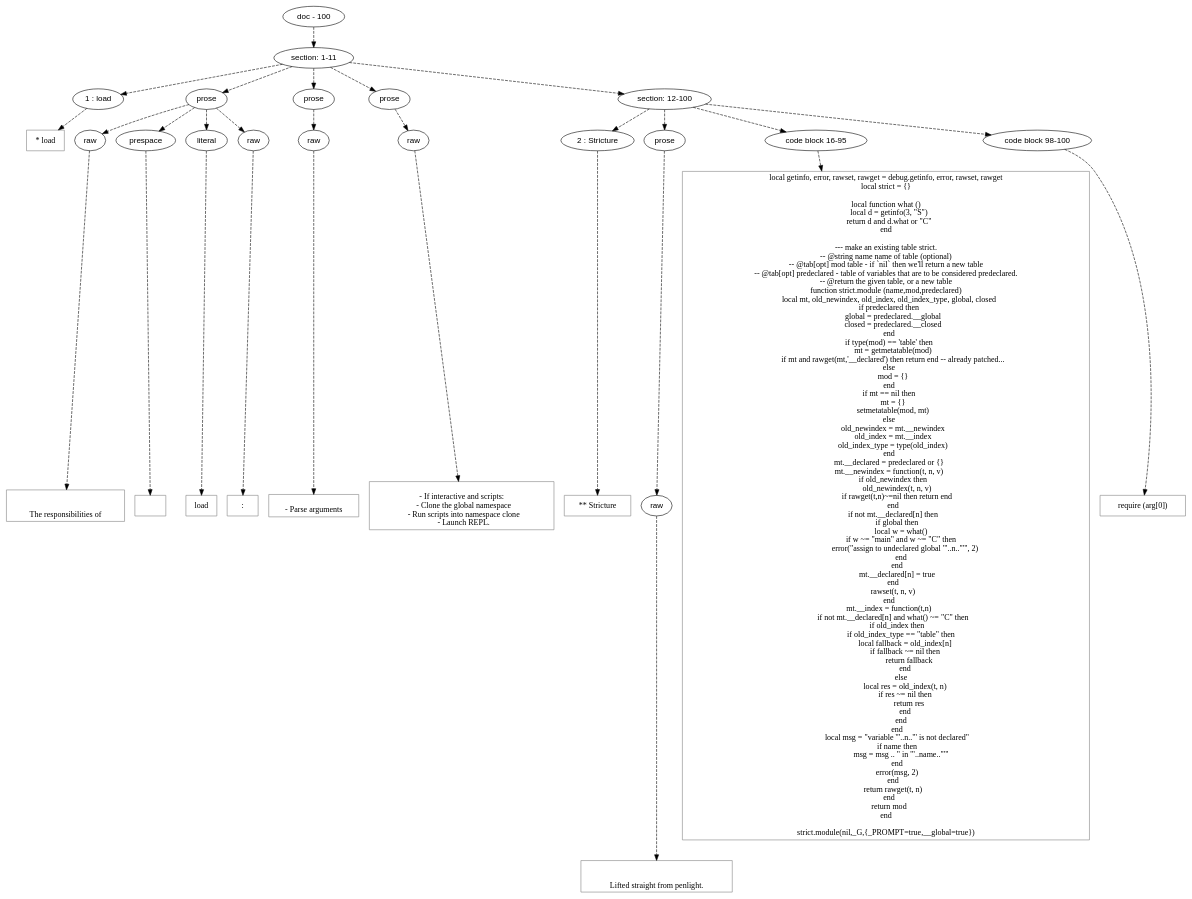
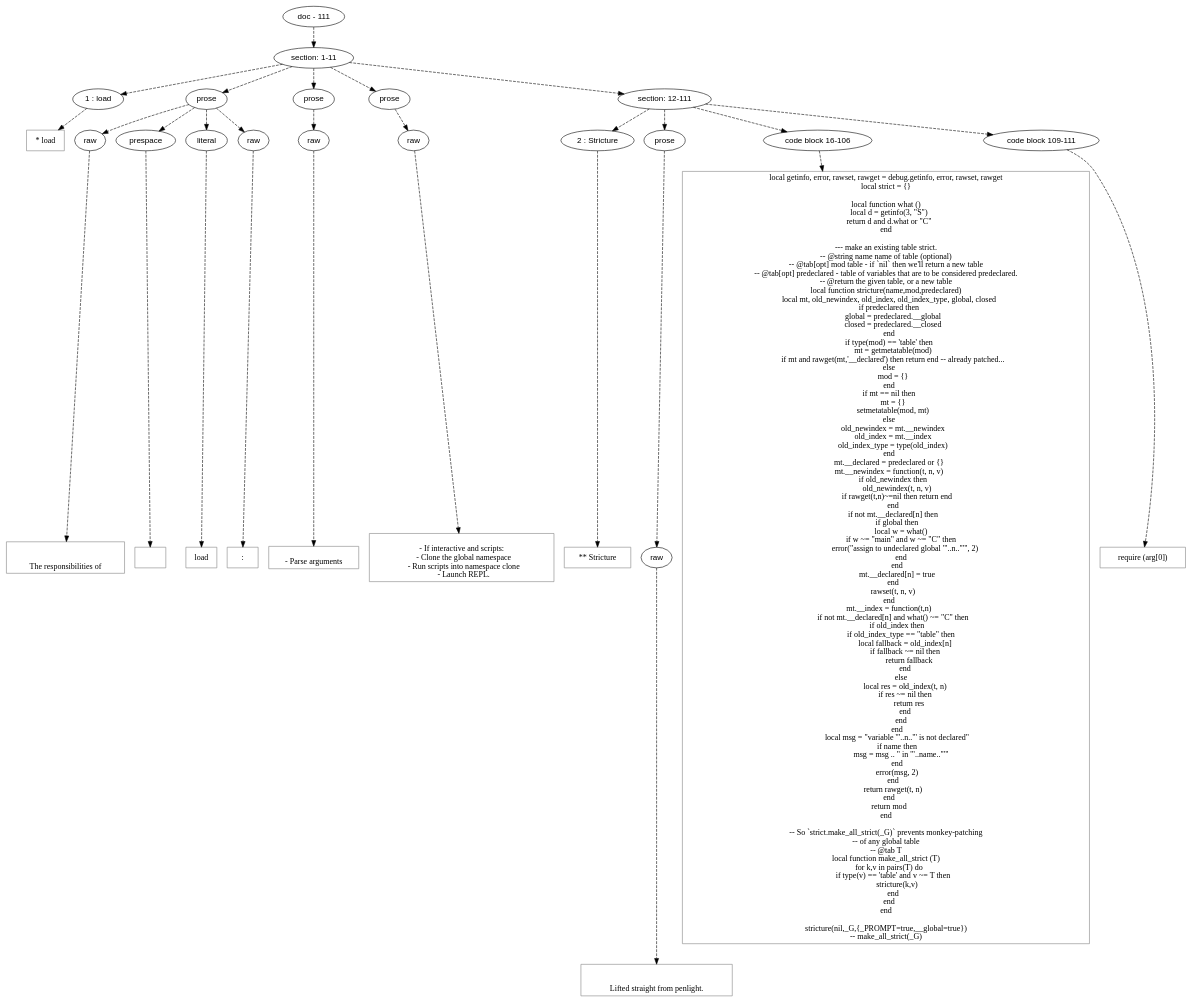
Before and after one commit to orb-lang/pylon: the diagram in doc/dot/load.dot, drawn with Graphviz. The commit also changed 2181 other files, not shown here.

```diff
--- a/doc/dot/load.dot
+++ b/doc/dot/load.dot
@@ -3,7 +3,7 @@
 node [fontname=Helvetica]
 edge [style=dashed]
 
-doc_0 [label="doc - 100"]
+doc_0 [label="doc - 111"]
 
 
 doc_0 -> { section_1}
@@ -25,7 +25,7 @@
 
 prose_5 [label="prose"]
 
-section_6 [label="section: 12-100"]
+section_6 [label="section: 12-111"]
 
 
 // END RANK section_1
@@ -105,9 +105,9 @@
 
 prose_21 [label="prose"]
 
-codeblock_22 [label="code block 16-95"]
+codeblock_22 [label="code block 16-106"]
 
-codeblock_23 [label="code block 98-100"]
+codeblock_23 [label="code block 109-111"]
 
 
 // END RANK section_6
@@ -145,7 +145,7 @@
 -- @tab[opt] mod table - if `nil` then we'll return a new table
 -- @tab[opt] predeclared - table of variables that are to be considered predeclared.
 -- @return the given table, or a new table
-function strict.module (name,mod,predeclared)
+local function stricture(name,mod,predeclared)
     local mt, old_newindex, old_index, old_index_type, global, closed
     if predeclared then
         global = predeclared.__global
@@ -208,8 +208,19 @@
     return mod
 end
 
-strict.module(nil,_G,{_PROMPT=true,__global=true})
-"]
+-- So `strict.make_all_strict(_G)` prevents monkey-patching
+-- of any global table
+-- @tab T
+local function make_all_strict (T)
+    for k,v in pairs(T) do
+        if type(v) == 'table' and v ~= T then
+            stricture(k,v)
+        end
+    end
+end
+
+stricture(nil,_G,{_PROMPT=true,__global=true})
+-- make_all_strict(_G)"]
 // END RANK codeblock_22
 
 codeblock_23 -> leaf_28
```
